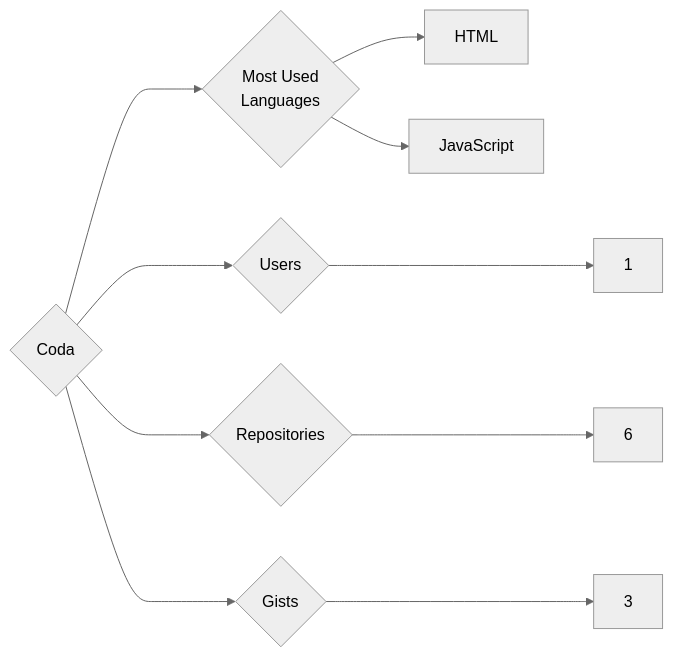
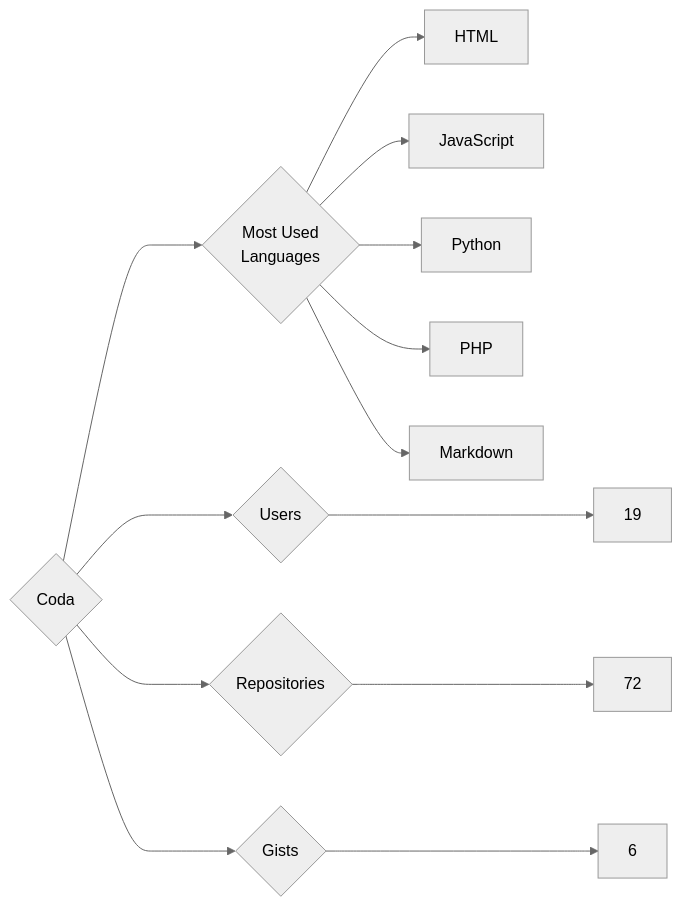
One commit to trickest/insiders changed the diagram in targets/Coda/README.md. Above: the diagram before and after it, drawn with Mermaid (neutral theme). The commit also changed 900 other files, not shown here.

````diff
--- a/targets/Coda/README.md
+++ b/targets/Coda/README.md
@@ -3,10 +3,13 @@
 ```mermaid
 graph LR
 COMPANY_NAME{Coda}
-COMPANY_NAME ---> U{Users} ---> UN[1]
-COMPANY_NAME ---> R{Repositories} ---> RN[6]
-COMPANY_NAME ---> G{Gists} ---> GN[3]
+COMPANY_NAME ---> U{Users} ---> UN[19]
+COMPANY_NAME ---> R{Repositories} ---> RN[72]
+COMPANY_NAME ---> G{Gists} ---> GN[6]
 COMPANY_NAME ---> ML{Most Used<br>Languages}
 ML --> HTML[HTML]
 ML --> JavaScript[JavaScript]
+ML --> Python[Python]
+ML --> PHP[PHP]
+ML --> Markdown[Markdown]
 ```
````
